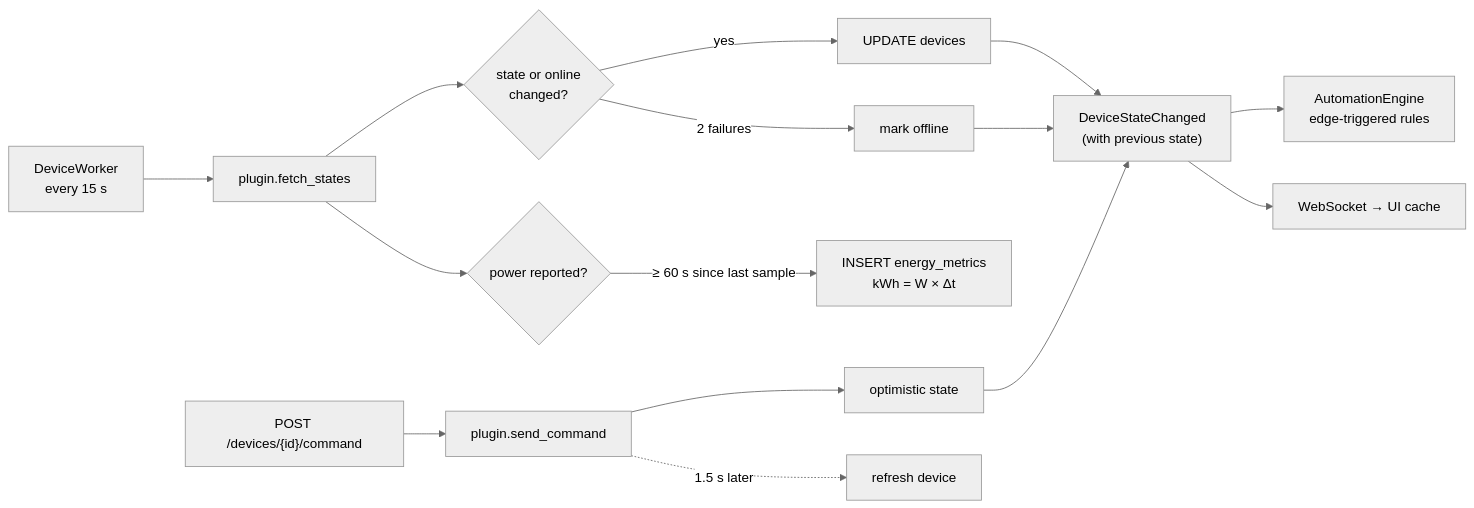
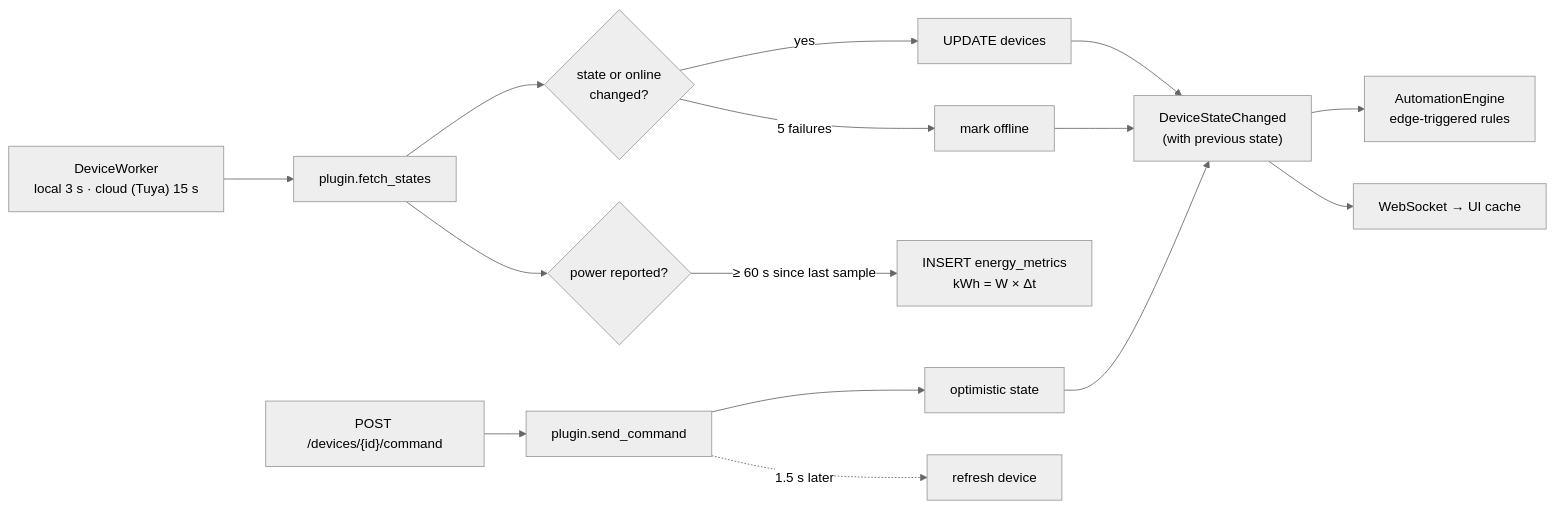
Before and after one commit to aiyu-ayaan/Domus: the sixth of 10 diagrams in development/docs/ARCHITECTURE.md, drawn with Mermaid (neutral theme). The commit also changed other lines of this file and 7 other files, not shown here.

Commit message:
backend(Polling) : poll local devices every 3s and cloud every 15s so power readings are live

````diff
--- a/development/docs/ARCHITECTURE.md
+++ b/development/docs/ARCHITECTURE.md
@@ -206,13 +206,13 @@
 ```mermaid
 flowchart LR
-    Poll["DeviceWorker<br/>every 15 s"] --> FS["plugin.fetch_states"]
+    Poll["DeviceWorker<br/>local 3 s · cloud (Tuya) 15 s"] --> FS["plugin.fetch_states"]
     FS --> Diff{"state or online<br/>changed?"}
     Diff -- yes --> Save["UPDATE devices"] --> Ev["DeviceStateChanged<br/>(with previous state)"]
-    Diff -- 2 failures --> Off["mark offline"] --> Ev
+    Diff -- 5 failures --> Off["mark offline"] --> Ev
     FS --> Meter{"power reported?"}
     Meter -- "≥ 60 s since last sample" --> EM["INSERT energy_metrics<br/>kWh = W × Δt"]
     Ev --> AE["AutomationEngine<br/>edge-triggered rules"]
     Ev --> WSS["WebSocket → UI cache"]
     Cmd["POST /devices/{id}/command"] --> Send["plugin.send_command"] --> Opt["optimistic state"] --> Ev
     Send -. "1.5 s later" .-> Refresh["refresh device"]
 ```
````
